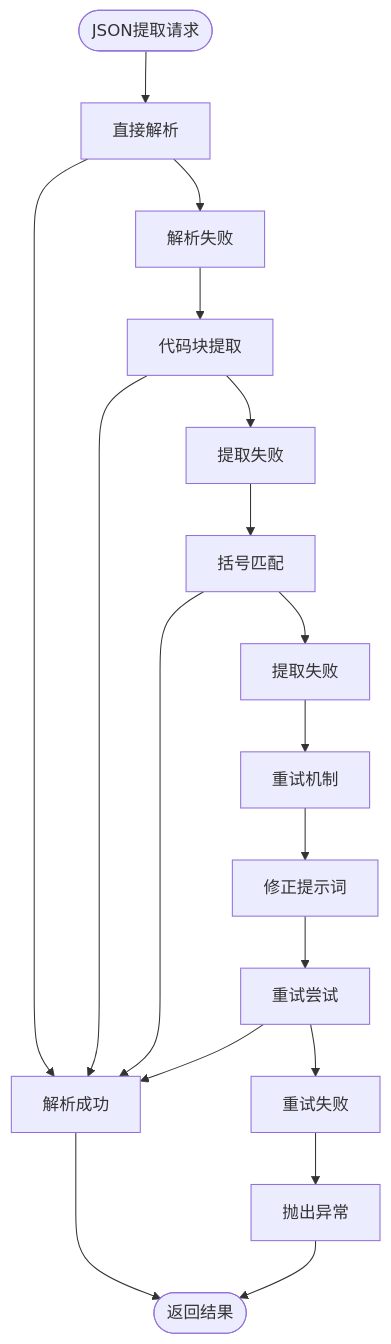
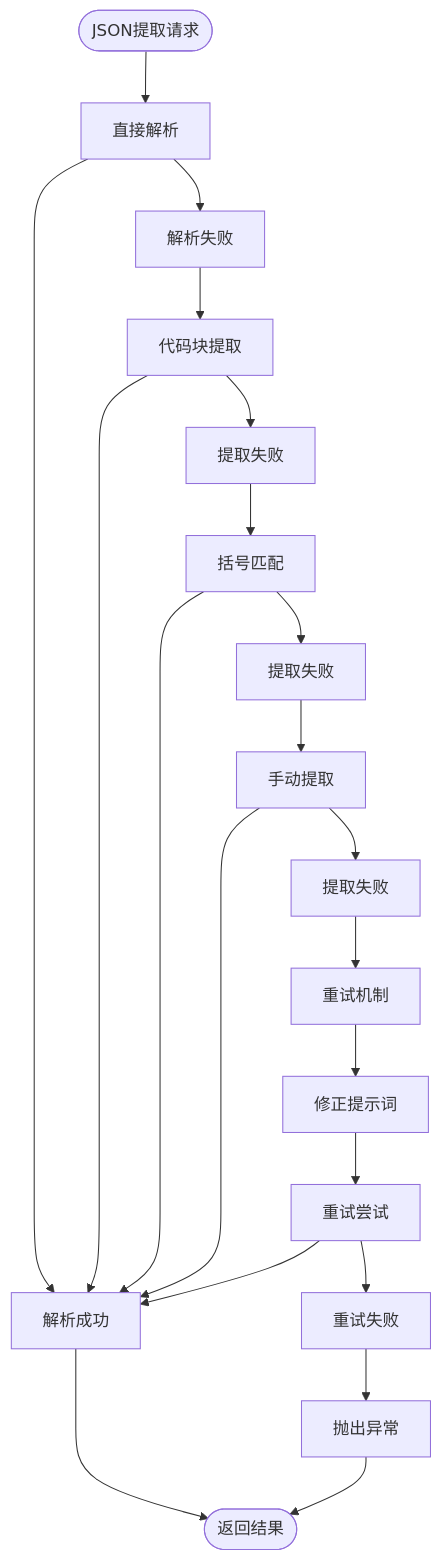
One commit to xfbyxq/ai-novel-system changed the seventh of 10 diagrams in .qoder/repowiki/zh/content/Novel Crew Manager.md. Above: the diagram before and after it, drawn with Mermaid. The commit also changed other lines of this file and 84 other files, not shown here.

````diff
--- a/.qoder/repowiki/zh/content/Novel Crew Manager.md
+++ b/.qoder/repowiki/zh/content/Novel Crew Manager.md
@@ -297,20 +422,23 @@
 ```mermaid
 flowchart TD
 Start([JSON提取请求]) --> Direct[直接解析]
 Direct --> Success[解析成功]
 Direct --> Fail1[解析失败]
 Fail1 --> CodeBlock[代码块提取]
 CodeBlock --> Success
 CodeBlock --> Fail2[提取失败]
 Fail2 --> Bracket[括号匹配]
 Bracket --> Success
 Bracket --> Fail3[提取失败]
-Fail3 --> Retry[重试机制]
+Fail3 --> Manual[手动提取]
+Manual --> Success
+Manual --> Fail4[提取失败]
+Fail4 --> Retry[重试机制]
 Retry --> FixPrompt[修正提示词]
 FixPrompt --> RetryAttempt[重试尝试]
 RetryAttempt --> Success
-RetryAttempt --> Fail4[重试失败]
-Fail4 --> Error[抛出异常]
+RetryAttempt --> Fail5[重试失败]
+Fail5 --> Error[抛出异常]
 Success --> End([返回结果])
 Error --> End
 ```
````
